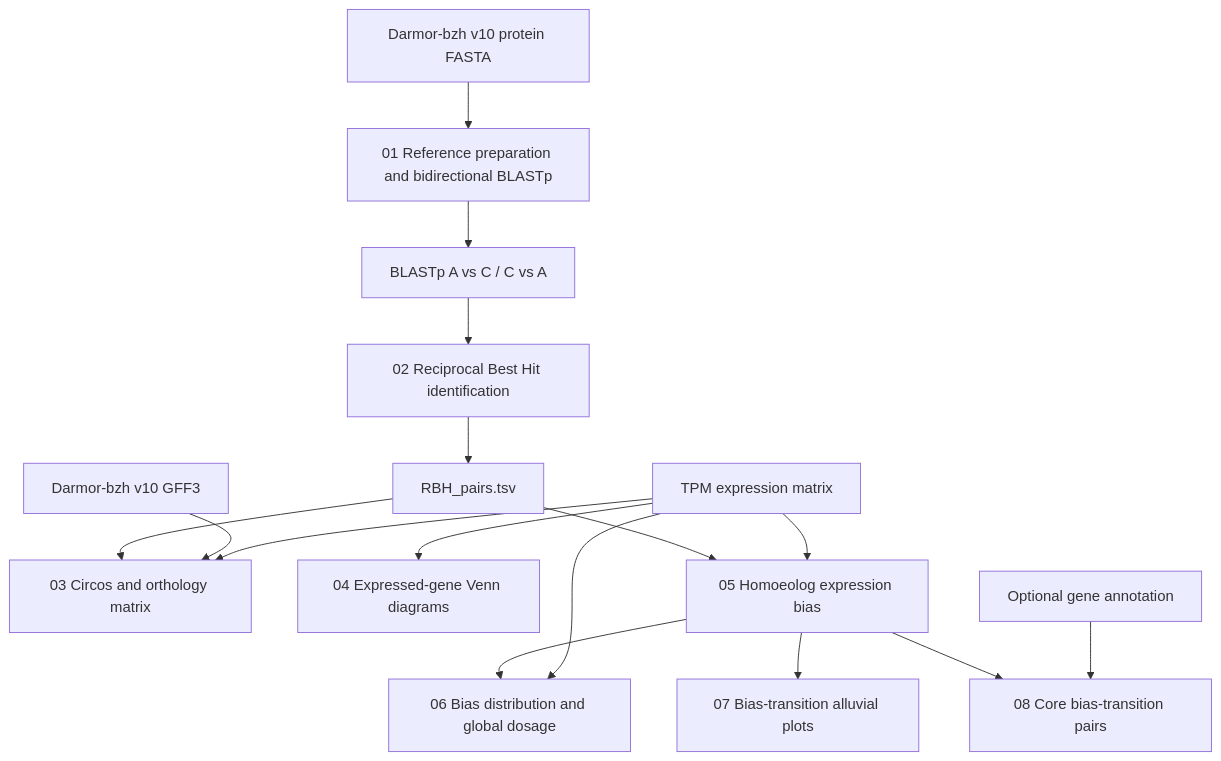
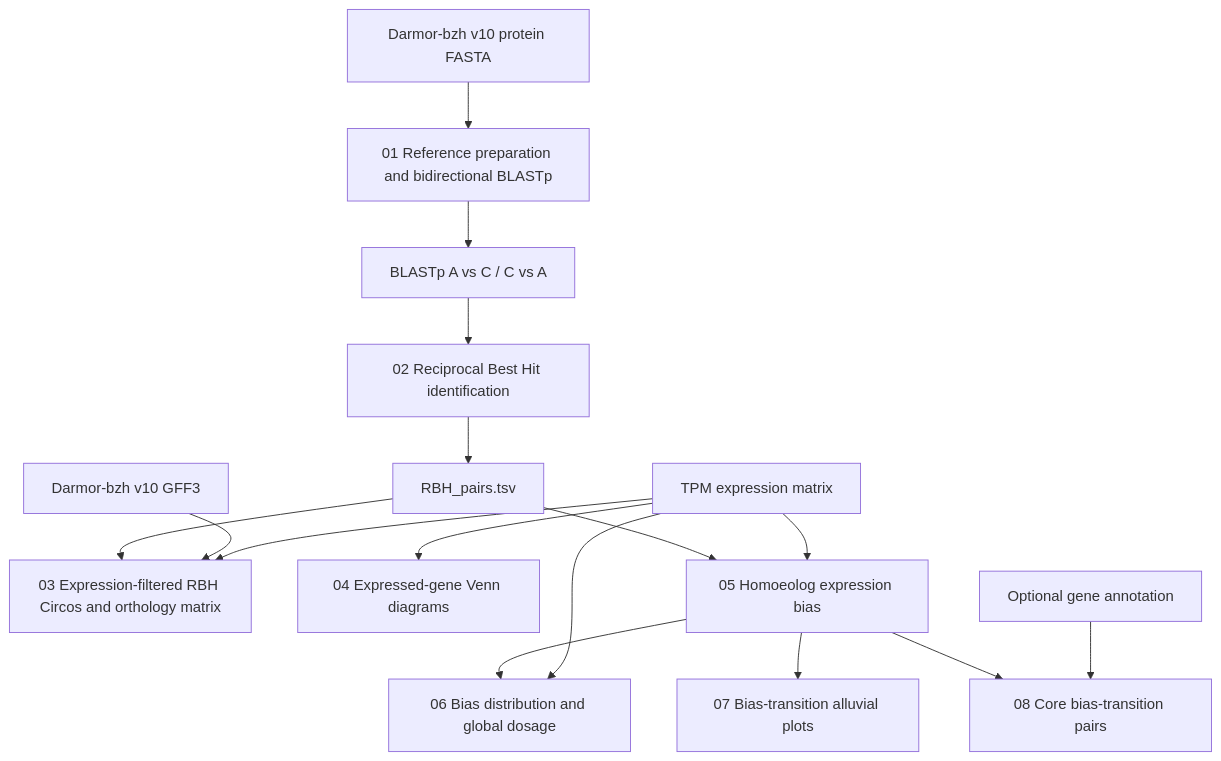
One commit to paolo-lucas/Bnapus-homeolog-expression-bias changed the diagram in README.md. Above: the diagram before and after it, drawn with Mermaid. The commit also changed other lines of this file and 4 other files, not shown here.

````diff
--- a/README.md
+++ b/README.md
@@ -9,24 +9,24 @@
 ```mermaid
 flowchart TD
     A[Darmor-bzh v10 protein FASTA] --> S1[01 Reference preparation and bidirectional BLASTp]
     S1 --> B[BLASTp A vs C / C vs A]
     B --> S2[02 Reciprocal Best Hit identification]
     S2 --> R[RBH_pairs.tsv]
 
-    R --> S3[03 Circos and orthology matrix]
+    R --> S3[03 Expression-filtered RBH Circos and orthology matrix]
     G[Darmor-bzh v10 GFF3] --> S3
     T[TPM expression matrix] --> S3
 
     T --> S4[04 Expressed-gene Venn diagrams]
 
     R --> S5[05 Homoeolog expression bias]
     T --> S5
 
     S5 --> S6[06 Bias distribution and global dosage]
     T --> S6
 
     S5 --> S7[07 Bias-transition alluvial plots]
     S5 --> S8[08 Core bias-transition pairs]
 
     O[Optional gene annotation] --> S8
 ```
````
